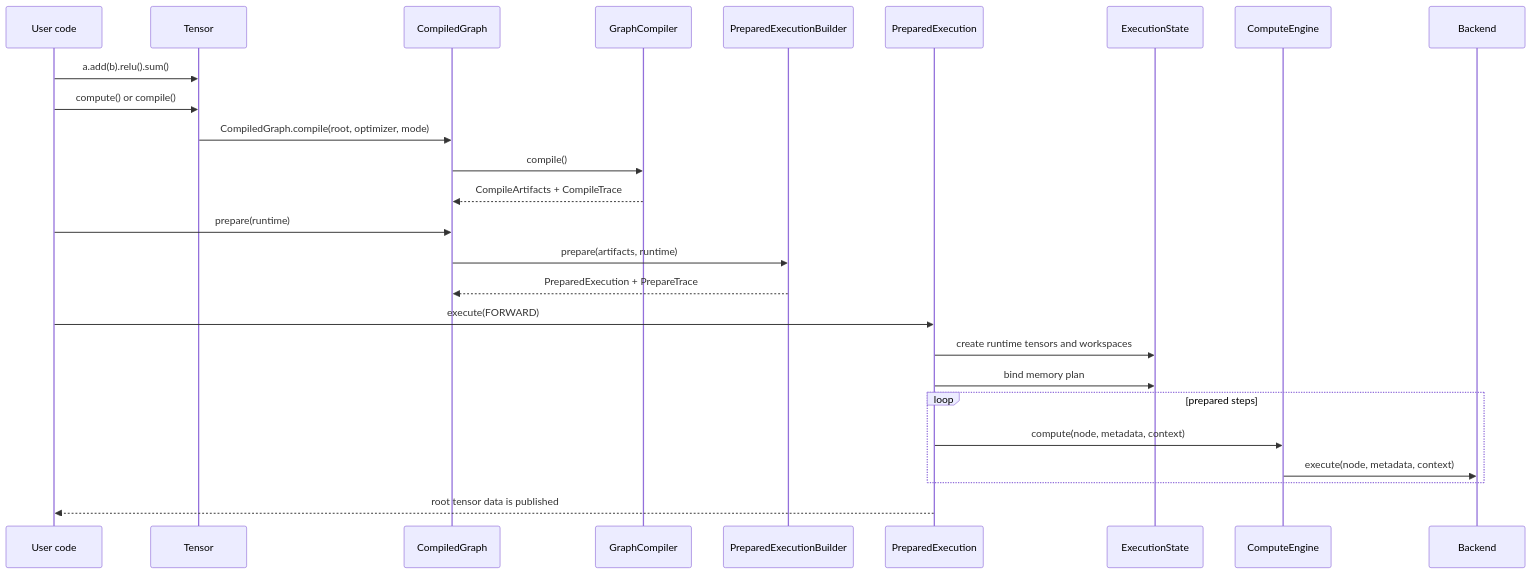
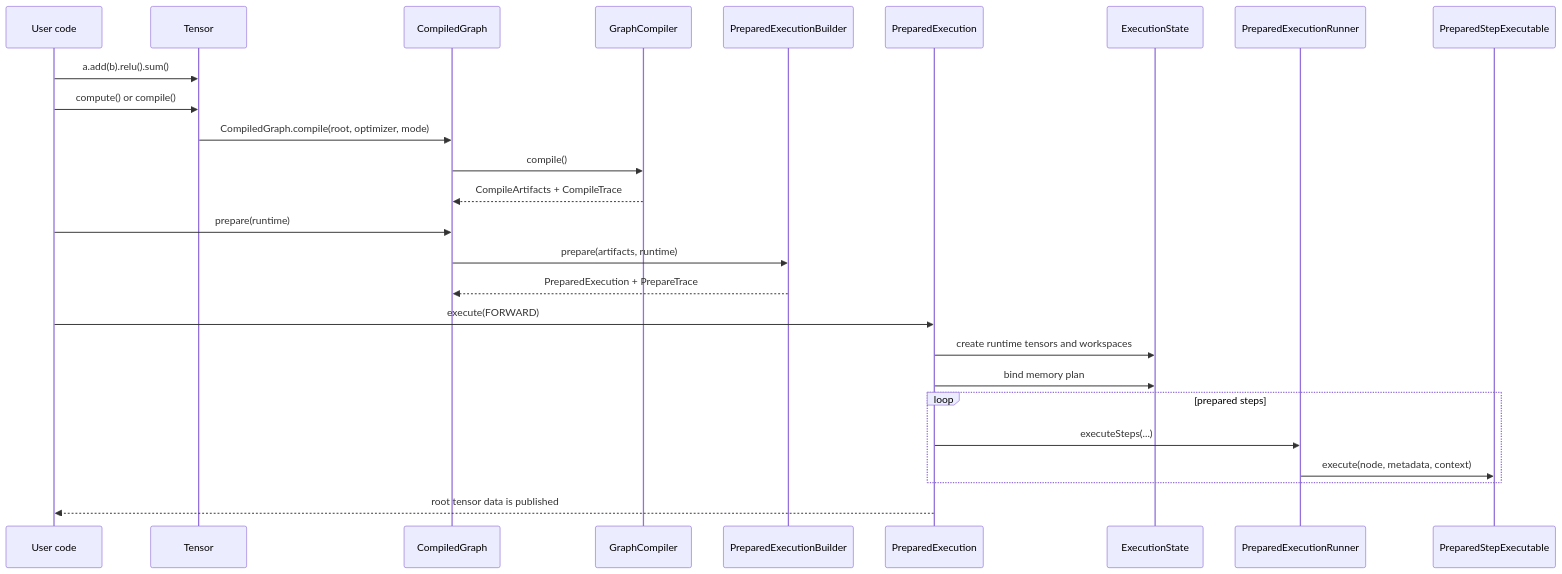
One commit to pho001/Synaptik changed the second of 8 diagrams in docs/compute-flow.md. Above: the diagram before and after it, drawn with Mermaid. The commit also changed other lines of this file and 517 other files, not shown here.

````diff
--- a/docs/compute-flow.md
+++ b/docs/compute-flow.md
@@ -55,29 +55,29 @@
 ```mermaid
 sequenceDiagram
     participant U as User code
     participant T as Tensor
     participant CG as CompiledGraph
     participant GC as GraphCompiler
     participant PB as PreparedExecutionBuilder
     participant PE as PreparedExecution
     participant ES as ExecutionState
-    participant CE as ComputeEngine
-    participant B as Backend
+    participant PR as PreparedExecutionRunner
+    participant EX as PreparedStepExecutable
 
     U->>T: a.add(b).relu().sum()
     U->>T: compute() or compile()
     T->>CG: CompiledGraph.compile(root, optimizer, mode)
     CG->>GC: compile()
     GC-->>CG: CompileArtifacts + CompileTrace
     U->>CG: prepare(runtime)
     CG->>PB: prepare(artifacts, runtime)
     PB-->>CG: PreparedExecution + PrepareTrace
     U->>PE: execute(FORWARD)
     PE->>ES: create runtime tensors and workspaces
     PE->>ES: bind memory plan
     loop prepared steps
-        PE->>CE: compute(node, metadata, context)
-        CE->>B: execute(node, metadata, context)
+        PE->>PR: executeSteps(...)
+        PR->>EX: execute(node, metadata, context)
     end
     PE-->>U: root tensor data is published
 ```
````
